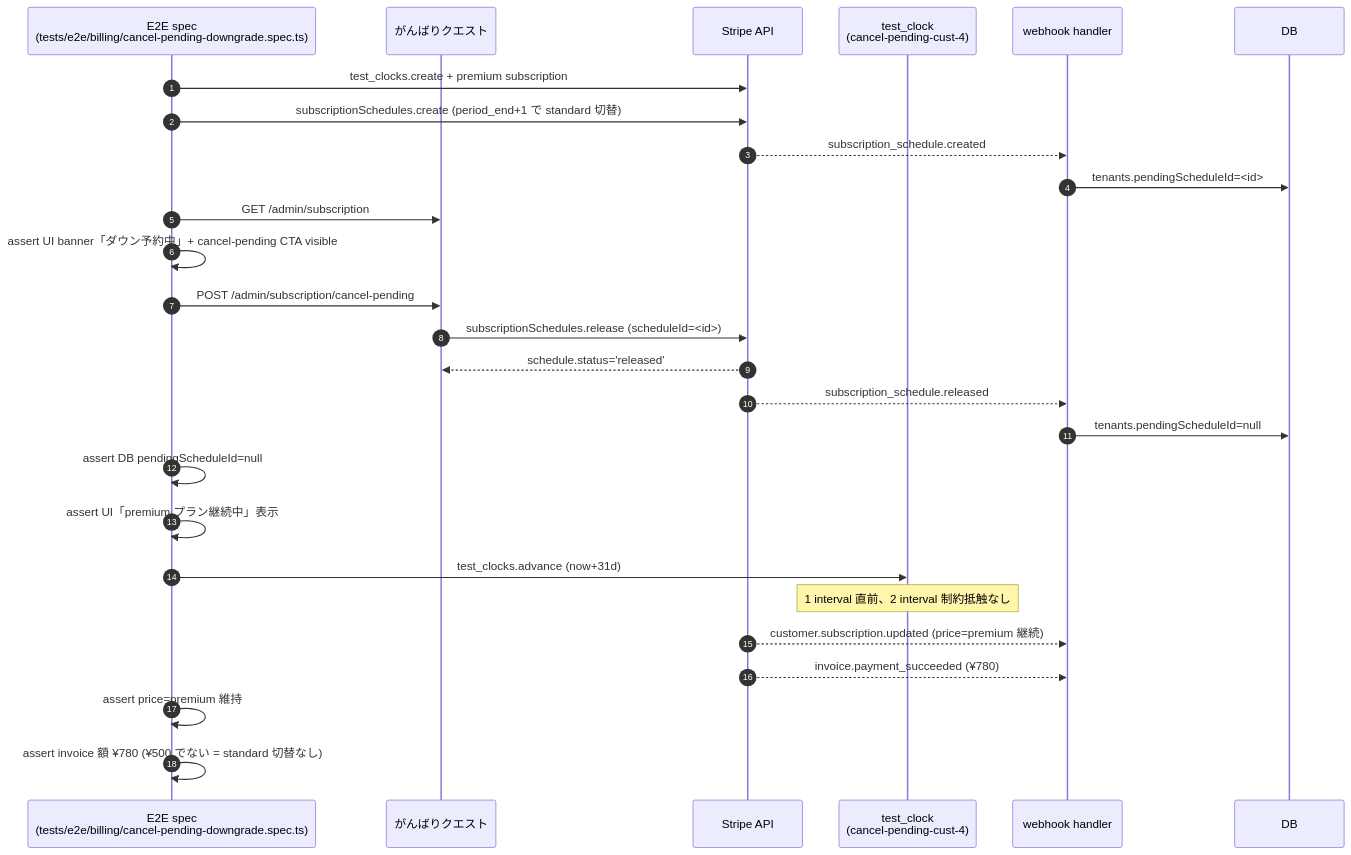
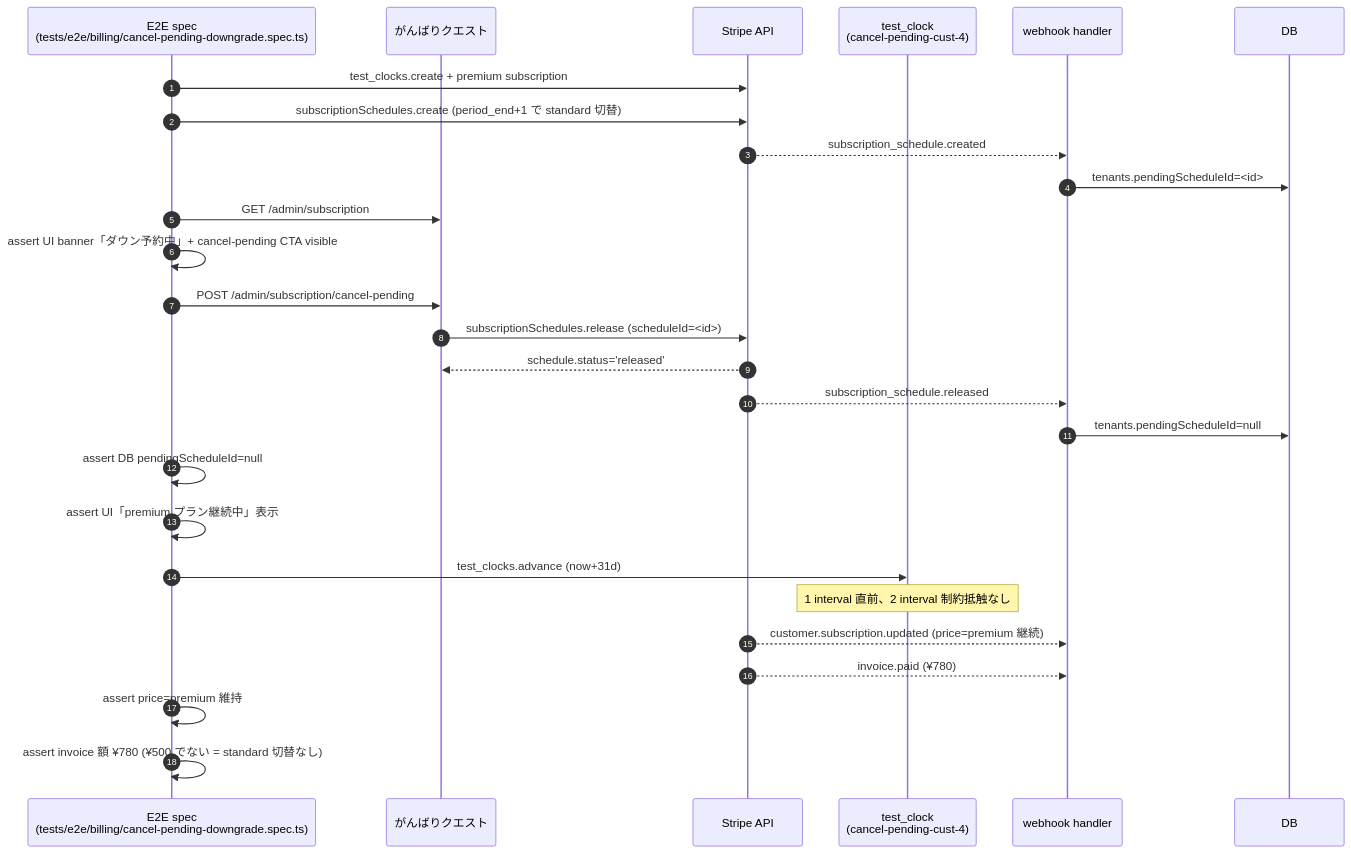
One commit to Takenori-Kusaka/ganbari-quest changed the fourth of 6 diagrams in docs/design/billing-redesign/phase6-test-clock-scenarios.md. Above: the diagram before and after it, drawn with Mermaid. The commit also changed other lines of this file and 20 other files, not shown here.

````diff
--- a/docs/design/billing-redesign/phase6-test-clock-scenarios.md
+++ b/docs/design/billing-redesign/phase6-test-clock-scenarios.md
@@ -243,30 +243,30 @@
 ```mermaid
 sequenceDiagram
     autonumber
     participant Test as E2E spec<br/>(tests/e2e/billing/cancel-pending-downgrade.spec.ts)
     participant App as がんばりクエスト
     participant Stripe as Stripe API
     participant TestClock as test_clock<br/>(cancel-pending-cust-4)
     participant Webhook as webhook handler
     participant DB as DB
 
     Test->>Stripe: test_clocks.create + premium subscription
     Test->>Stripe: subscriptionSchedules.create (period_end+1 で standard 切替)
     Stripe-->>Webhook: subscription_schedule.created
     Webhook->>DB: tenants.pendingScheduleId=<id>
     Test->>App: GET /admin/subscription
     Test->>Test: assert UI banner「ダウン予約中」+ cancel-pending CTA visible
     Test->>App: POST /admin/subscription/cancel-pending
     App->>Stripe: subscriptionSchedules.release (scheduleId=<id>)
     Stripe-->>App: schedule.status='released'
     Stripe-->>Webhook: subscription_schedule.released
     Webhook->>DB: tenants.pendingScheduleId=null
     Test->>Test: assert DB pendingScheduleId=null
     Test->>Test: assert UI「premium プラン継続中」表示
     Test->>TestClock: test_clocks.advance (now+31d)
     Note over TestClock: 1 interval 直前、2 interval 制約抵触なし
     Stripe-->>Webhook: customer.subscription.updated (price=premium 継続)
-    Stripe-->>Webhook: invoice.payment_succeeded (¥780)
+    Stripe-->>Webhook: invoice.paid (¥780)
     Test->>Test: assert price=premium 維持
     Test->>Test: assert invoice 額 ¥780 (¥500 でない = standard 切替なし)
 ```
````
